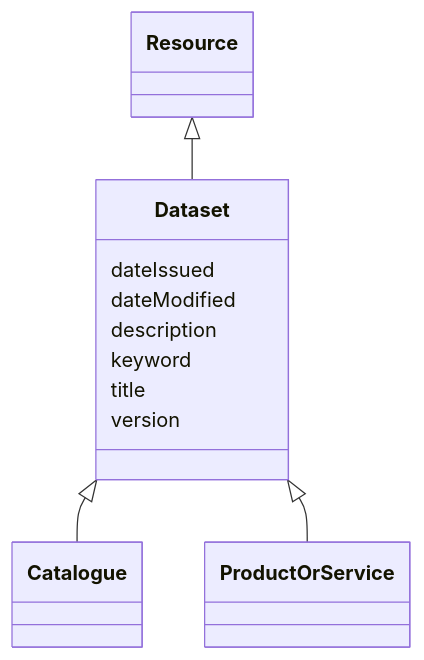
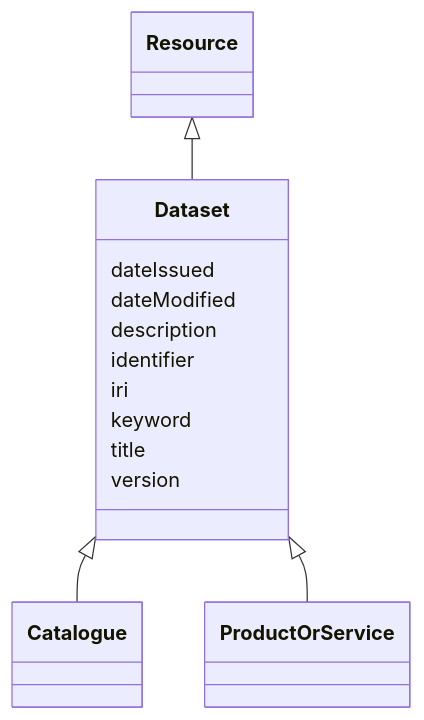
Before and after one commit to EVORA-project/evora-ontology: the diagram in models/docs/Dataset.md, drawn with Mermaid. The commit also changed other lines of this file and 391 other files, not shown here.

````diff
--- a/models/docs/Dataset.md
+++ b/models/docs/Dataset.md
@@ -21,28 +21,32 @@
 ```mermaid
  classDiagram
     class Dataset
     click Dataset href "../Dataset"
       Resource <|-- Dataset
         click Resource href "../Resource"
       
 
       Dataset <|-- Catalogue
         click Catalogue href "../Catalogue"
       Dataset <|-- ProductOrService
         click ProductOrService href "../ProductOrService"
       
       
       Dataset : dateIssued
         
       Dataset : dateModified
         
       Dataset : description
         
+      Dataset : identifier
+        
+      Dataset : iri
+        
       Dataset : keyword
         
       Dataset : title
         
       Dataset : version
         
       
 ```
````
